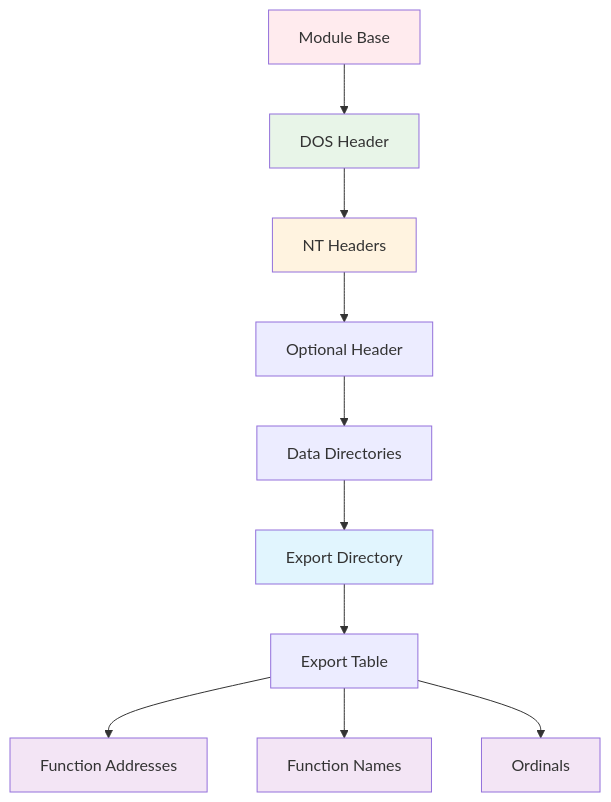
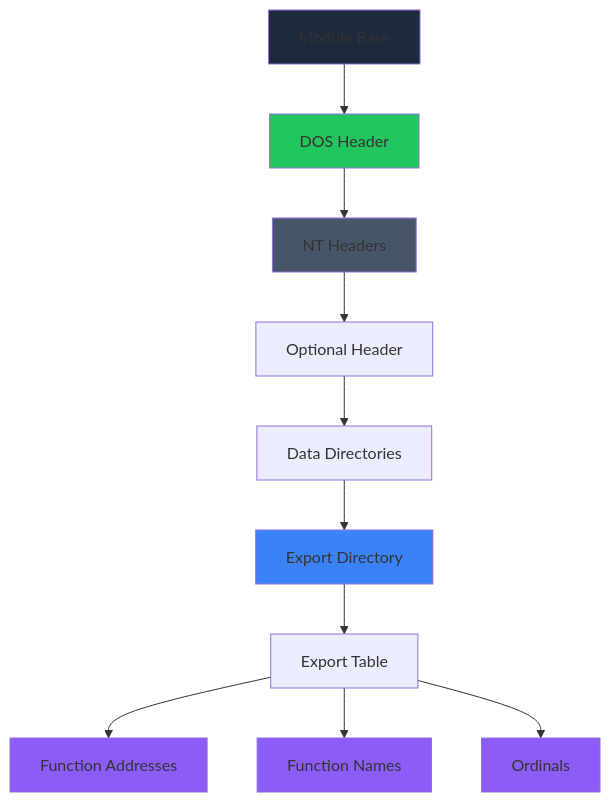
One commit to usuiWind/Windows-Import-Resolver changed the second of 11 diagrams in diagrams.md. Above: the diagram before and after it, drawn with Mermaid. The commit also changed other lines of this file, not shown here.

````diff
--- a/diagrams.md
+++ b/diagrams.md
@@ -29,20 +27,20 @@
 ```mermaid
 graph TD
     A[Module Base] --> B[DOS Header]
     B --> C[NT Headers]
     C --> D[Optional Header]
     D --> E[Data Directories]
     E --> F[Export Directory]
     F --> G[Export Table]
     G --> H[Function Addresses]
     G --> I[Function Names]
     G --> J[Ordinals]
     
-    style A fill:#ffebee
-    style B fill:#e8f5e8
-    style C fill:#fff3e0
-    style F fill:#e1f5fe
-    style H fill:#f3e5f5
-    style I fill:#f3e5f5
-    style J fill:#f3e5f5
+    style A fill:#1e293b
+    style B fill:#22c55e
+    style C fill:#475569
+    style F fill:#3b82f6
+    style H fill:#8b5cf6
+    style I fill:#8b5cf6
+    style J fill:#8b5cf6
 ```
````
